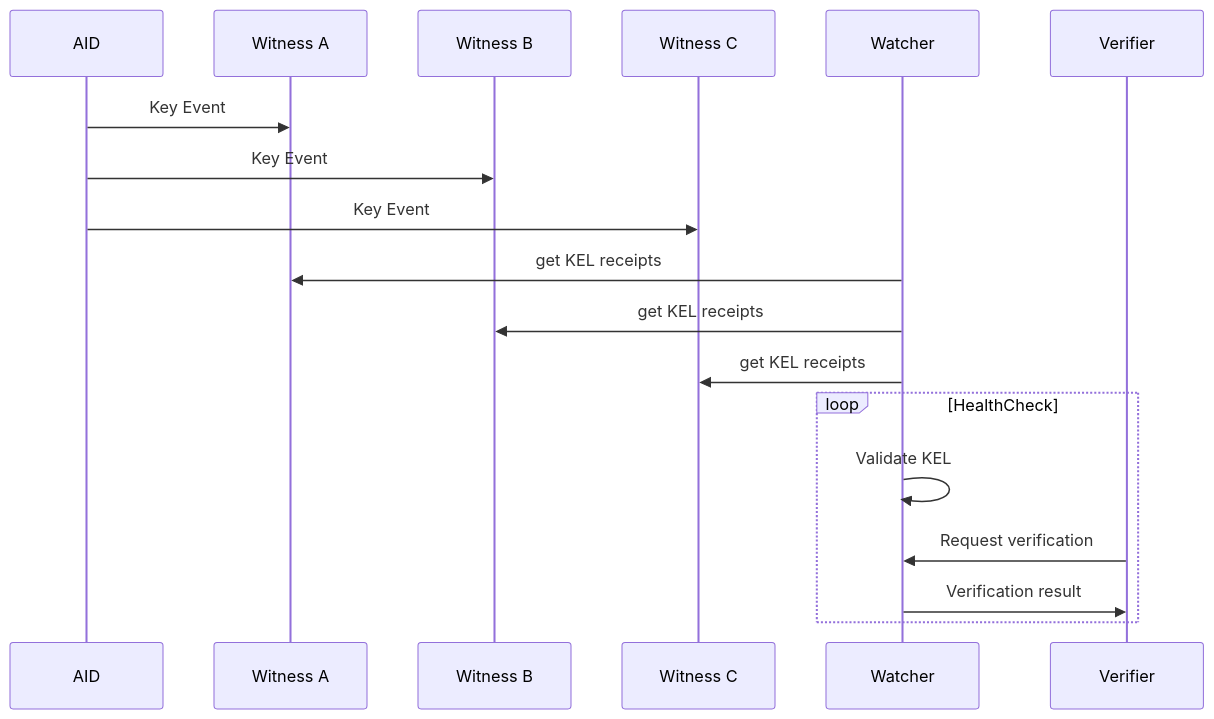
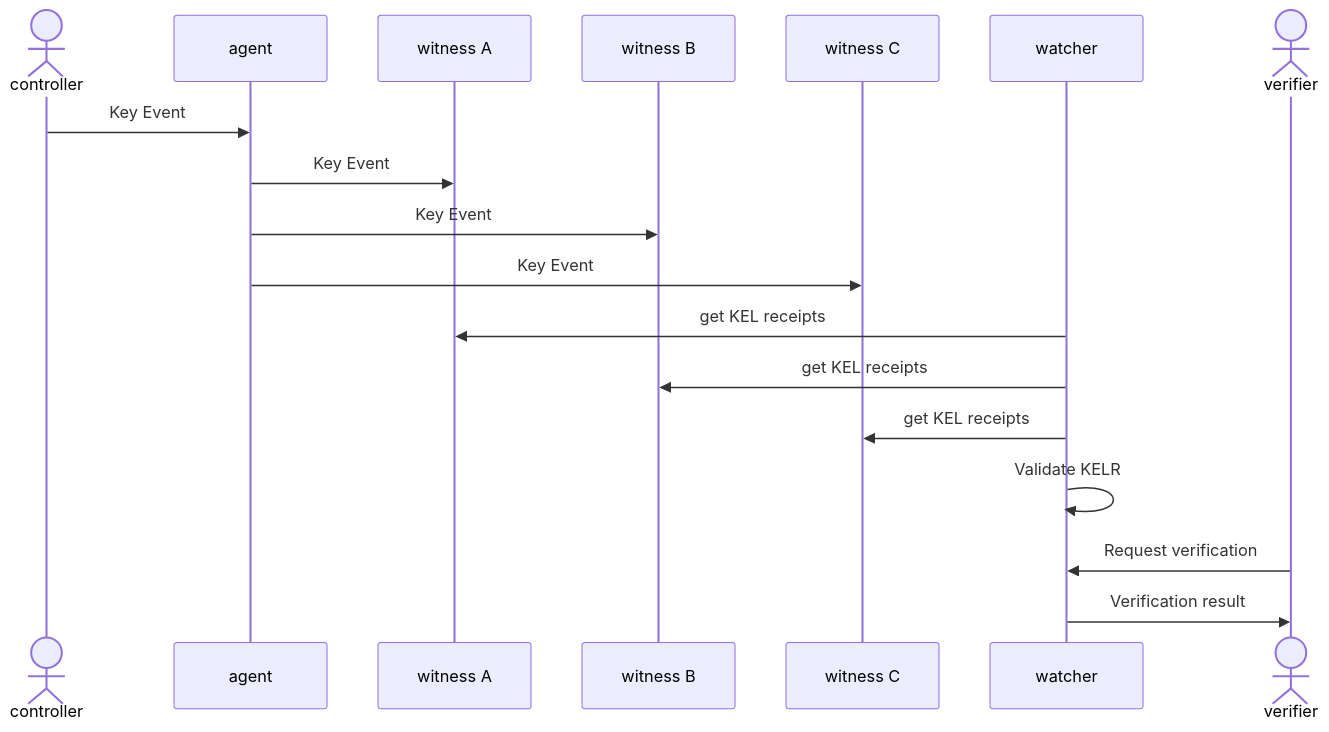
The first of 3 diagrams in DESIGN.md (roots-id/cardano-watcher), drawn with Mermaid before and after one commit. The commit also changed other lines of this file, not shown here.

````diff
--- a/DESIGN.md
+++ b/DESIGN.md
@@ -15,14 +14,15 @@
 ```mermaid
 sequenceDiagram
-AID->>Witness A: Key Event
-AID->>Witness B: Key Event
-AID->>Witness C: Key Event
-Watcher->>Witness A: get KEL receipts
-Watcher->>Witness B: get KEL receipts
-Watcher->>Witness C: get KEL receipts
-loop HealthCheck
-    Watcher->>Watcher: Validate KEL
-Verifier->>Watcher: Request verification
-Watcher->>Verifier: Verification result
-end
+actor controller
+controller->>agent: Key Event
+agent->>witness A: Key Event
+agent->>witness B: Key Event
+agent->>witness C: Key Event
+watcher->>witness A: get KEL receipts
+watcher->>witness B: get KEL receipts
+watcher->>witness C: get KEL receipts
+watcher->>watcher: Validate KELR
+actor verifier
+verifier->>watcher: Request verification
+watcher->>verifier: Verification result
 ```
````
